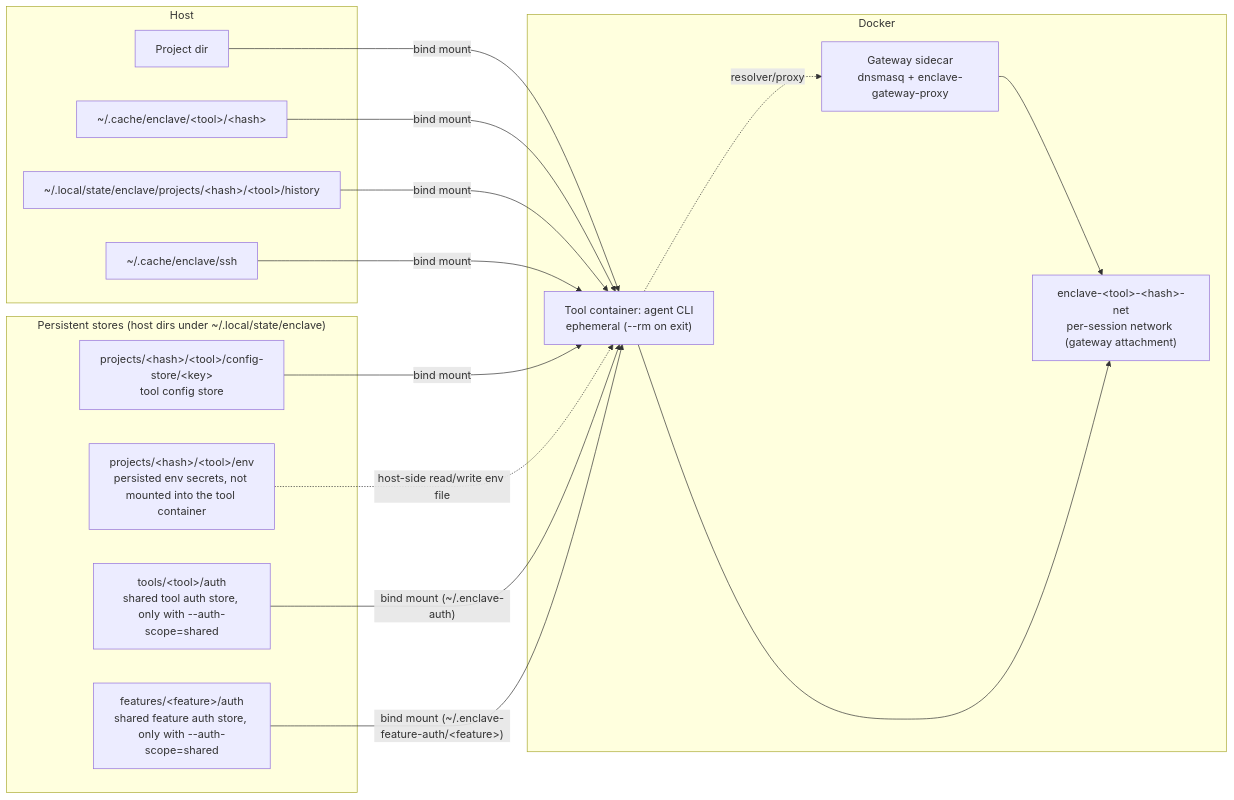
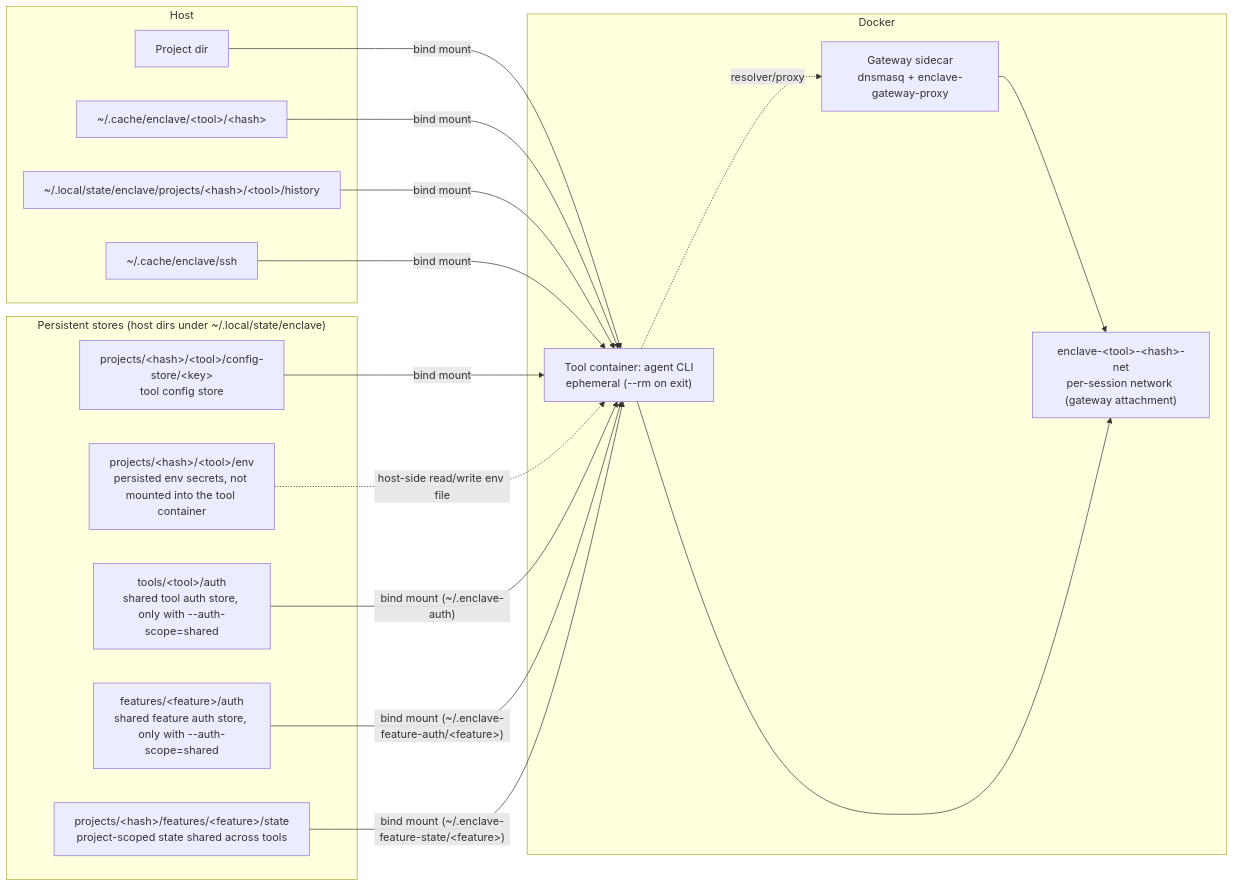
Before and after one commit to eclipse-enclave/enclave: the first of 2 diagrams in docs/ARCHITECTURE.md, drawn with Mermaid. The commit also changed other lines of this file and 35 other files, not shown here.

Commit message:
feat: add project-scoped feature state stores

````diff
--- a/docs/ARCHITECTURE.md
+++ b/docs/ARCHITECTURE.md
@@ -27,34 +27,36 @@
 ```mermaid
 flowchart LR
     subgraph Host
         ProjectDir["Project dir"]
         CacheDir["~/.cache/enclave/&lt;tool&gt;/&lt;hash&gt;"]
         HistoryDir["~/.local/state/enclave/projects/&lt;hash&gt;/&lt;tool&gt;/history"]
         SSHDir["~/.cache/enclave/ssh"]
     end
 
     subgraph Stores["Persistent stores (host dirs under ~/.local/state/enclave)"]
         ConfigStore["projects/&lt;hash&gt;/&lt;tool&gt;/config-store/&lt;key&gt;<br/>tool config store"]
         EnvStore["projects/&lt;hash&gt;/&lt;tool&gt;/env<br/>persisted env secrets, not mounted into the tool container"]
         SharedAuthStore["tools/&lt;tool&gt;/auth<br/>shared tool auth store, only with --auth-scope=shared"]
         FeatureAuthStore["features/&lt;feature&gt;/auth<br/>shared feature auth store, only with --auth-scope=shared"]
+        FeatureStateStore["projects/&lt;hash&gt;/features/&lt;feature&gt;/state<br/>project-scoped state shared across tools"]
     end
 
     subgraph Docker
         DnsNet["enclave-&lt;tool&gt;-&lt;hash&gt;-net<br/>per-session network (gateway attachment)"]
         Gateway["Gateway sidecar<br/>dnsmasq + enclave-gateway-proxy"]
         Tool["Tool container: agent CLI<br/>ephemeral (--rm on exit)"]
     end
 
     ProjectDir -->|"bind mount"| Tool
     CacheDir -->|"bind mount"| Tool
     HistoryDir -->|"bind mount"| Tool
     SSHDir -->|"bind mount"| Tool
     ConfigStore -->|"bind mount"| Tool
     EnvStore -.->|"host-side read/write env file"| Tool
     SharedAuthStore -->|"bind mount (~/.enclave-auth)"| Tool
     FeatureAuthStore -->|"bind mount (~/.enclave-feature-auth/&lt;feature&gt;)"| Tool
+    FeatureStateStore -->|"bind mount (~/.enclave-feature-state/&lt;feature&gt;)"| Tool
     Gateway --> DnsNet
     Tool --> DnsNet
     Tool -.->|"resolver/proxy"| Gateway
 ```
````
